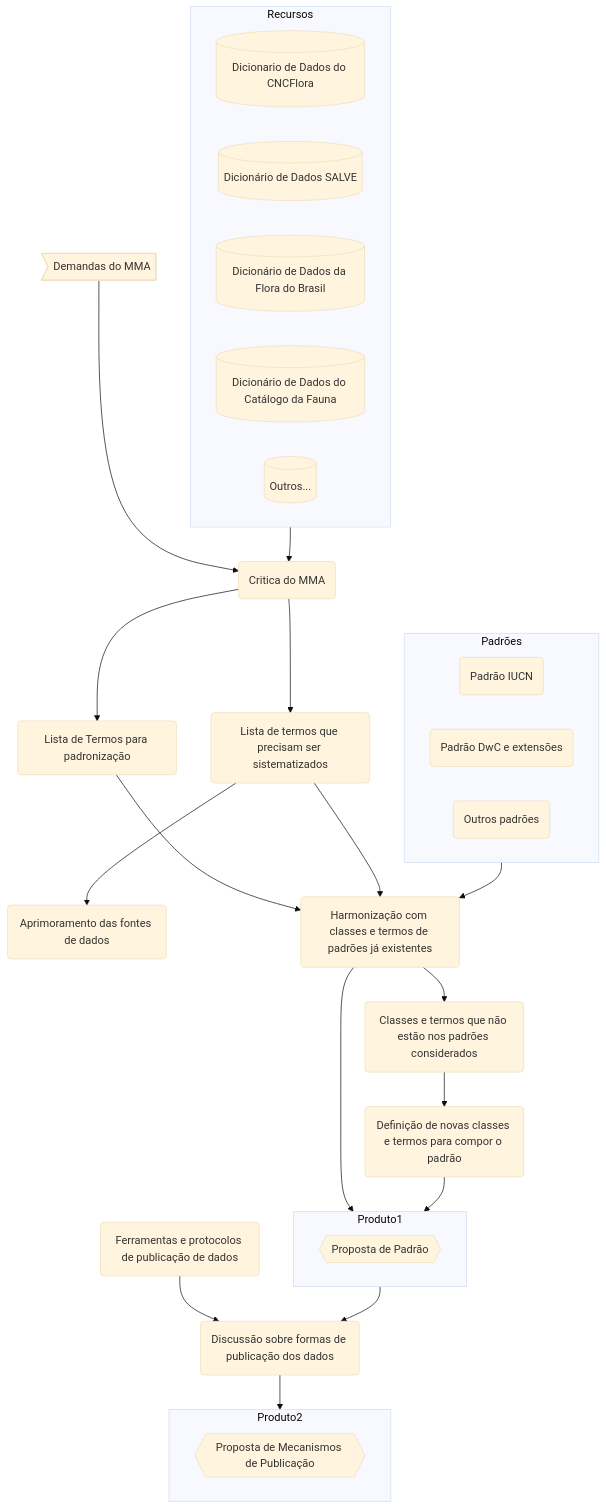
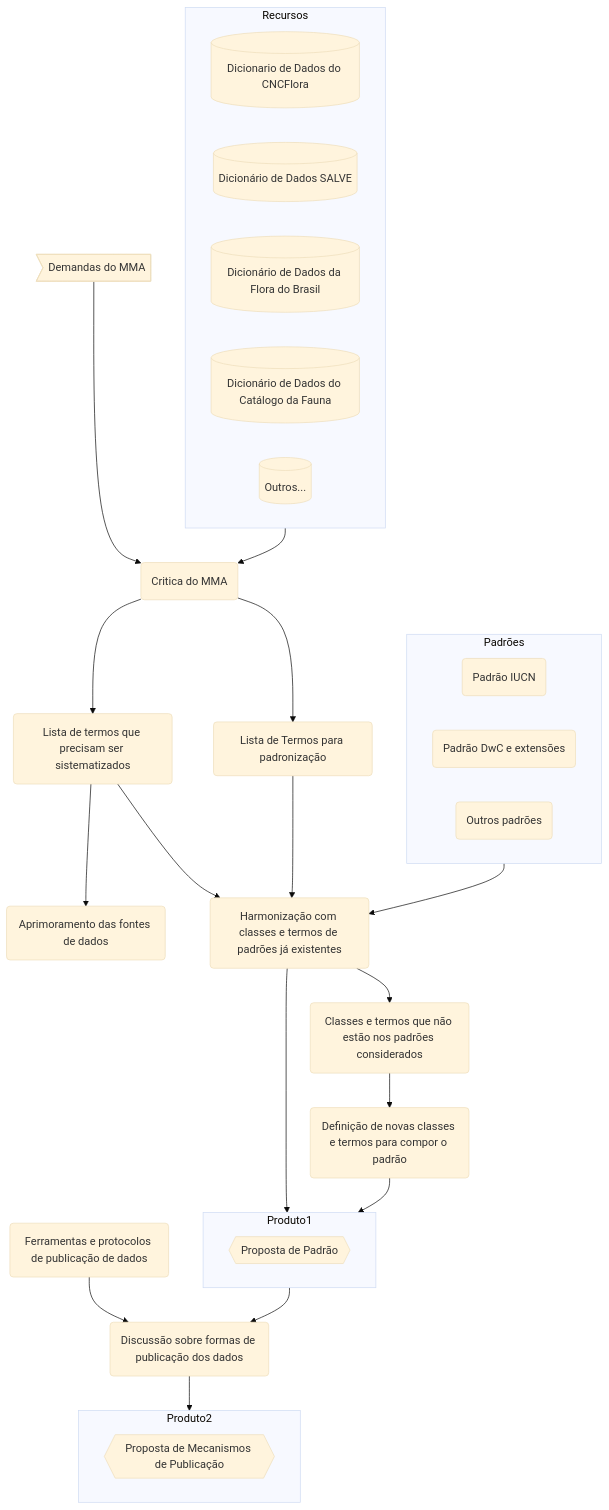
The diagram in readme/Fluxograma1.md (jlanna/MMA-Ameacadas), drawn with Mermaid (base theme) before and after one commit.

Commit message:
Atualização

````diff
--- a/readme/Fluxograma1.md
+++ b/readme/Fluxograma1.md
@@ -1,38 +1,38 @@
 ```mermaid
 flowchart TB
     A(Critica do MMA) --> B(Lista de Termos para padronização)
     A --> C(Lista de termos que precisam ser sistematizados)
     D>Demandas do MMA] --> A
     Recursos --> A
     subgraph Recursos
         direction RL    
         dc1[(Dicionario de Dados do CNCFlora)]
         dc2[(Dicionário de Dados SALVE)]
         dc3[(Dicionário de Dados da Flora do Brasil)]
         dc4[(Dicionário de Dados do Catálogo da Fauna)]
         dc5[(Outros...)]
      end
     C(Lista de termos que precisam ser sistematizados) --> E(Aprimoramento das fontes de dados)
+    C --> F(Harmonização com classes e termos de padrões já existentes)
     B --> F(Harmonização com classes e termos de padrões já existentes)
-    C --> F(Harmonização com classes e termos de padrões já existentes)
-    subgraph Padrões
+        subgraph Padrões
         direction RL
         G(Padrão IUCN)
         H(Padrão DwC e extensões)
         I(Outros padrões)
     end
     Padrões --> F   
     F --> J(Classes e termos que não estão nos padrões considerados)
     J --> K(Definição de novas classes e termos para compor o padrão)
     subgraph Produto1
         L{{Proposta de Padrão}}
     end
     F --> Produto1
     K --> Produto1
     Produto1 --> M(Discussão sobre formas de publicação dos dados)
     subgraph Produto2
         N{{Proposta de Mecanismos de Publicação}}
     end
     O(Ferramentas e protocolos de publicação de dados) --> M
     M --> Produto2
 ```
````
